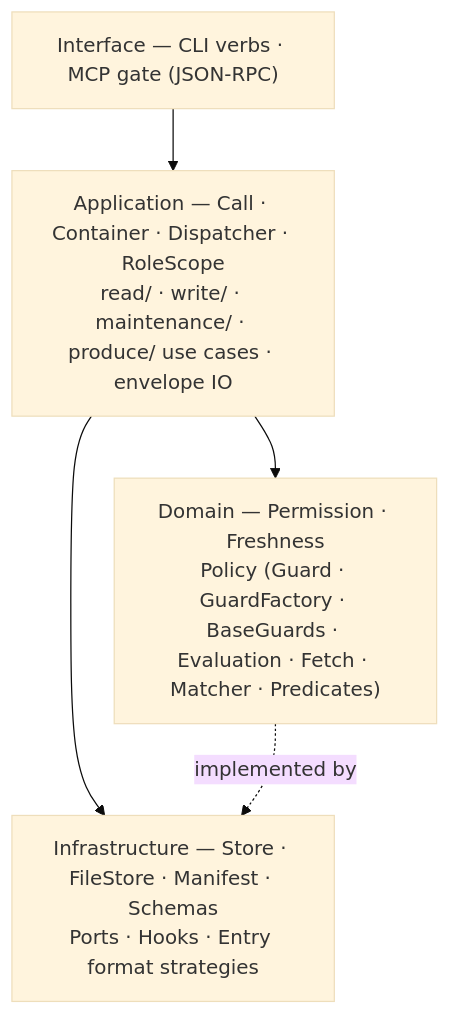
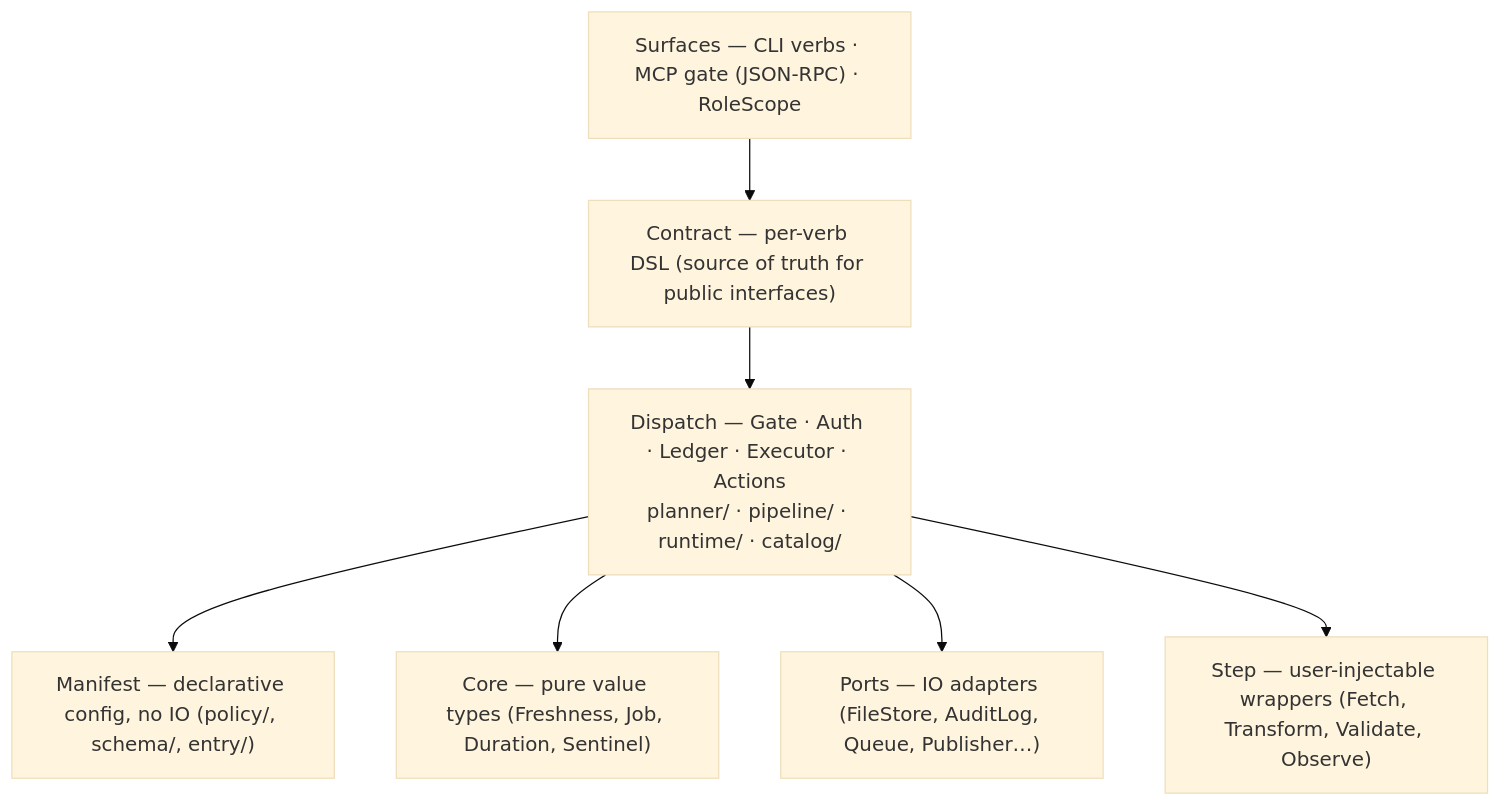
One commit to patrick204nqh/textus changed the diagram in docs/architecture/README.md. Above: the diagram before and after it, drawn with Mermaid (base theme). The commit also changed other lines of this file and 13 other files, not shown here.

````diff
--- a/docs/architecture/README.md
+++ b/docs/architecture/README.md
@@ -6,11 +6,16 @@
 ```mermaid
 flowchart TD
-    interface["Interface — CLI verbs · MCP gate (JSON-RPC)"]
-    application["Application — Call · Container · Dispatcher · RoleScope<br/>read/ · write/ · maintenance/ · produce/ use cases · envelope IO"]
-    domain["Domain — Permission · Freshness<br/>Policy (Guard · GuardFactory · BaseGuards · Evaluation · Fetch · Matcher · Predicates)"]
-    infra["Infrastructure — Store · FileStore · Manifest · Schemas<br/>Ports · Hooks · Entry format strategies"]
-    interface --> application
-    application --> domain
-    application --> infra
-    domain -.->|implemented by| infra
+    surfaces["Surfaces — CLI verbs · MCP gate (JSON-RPC) · RoleScope"]
+    contract["Contract — per-verb DSL (source of truth for public interfaces)"]
+    dispatch["Dispatch — Gate · Auth · Ledger · Executor · Actions<br/>planner/ · pipeline/ · runtime/ · catalog/"]
+    manifest["Manifest — declarative config, no IO (policy/, schema/, entry/)"]
+    core["Core — pure value types (Freshness, Job, Duration, Sentinel)"]
+    ports["Ports — IO adapters (FileStore, AuditLog, Queue, Publisher…)"]
+    step["Step — user-injectable wrappers (Fetch, Transform, Validate, Observe)"]
+    surfaces --> contract
+    contract --> dispatch
+    dispatch --> manifest
+    dispatch --> core
+    dispatch --> ports
+    dispatch --> step
 ```
````
